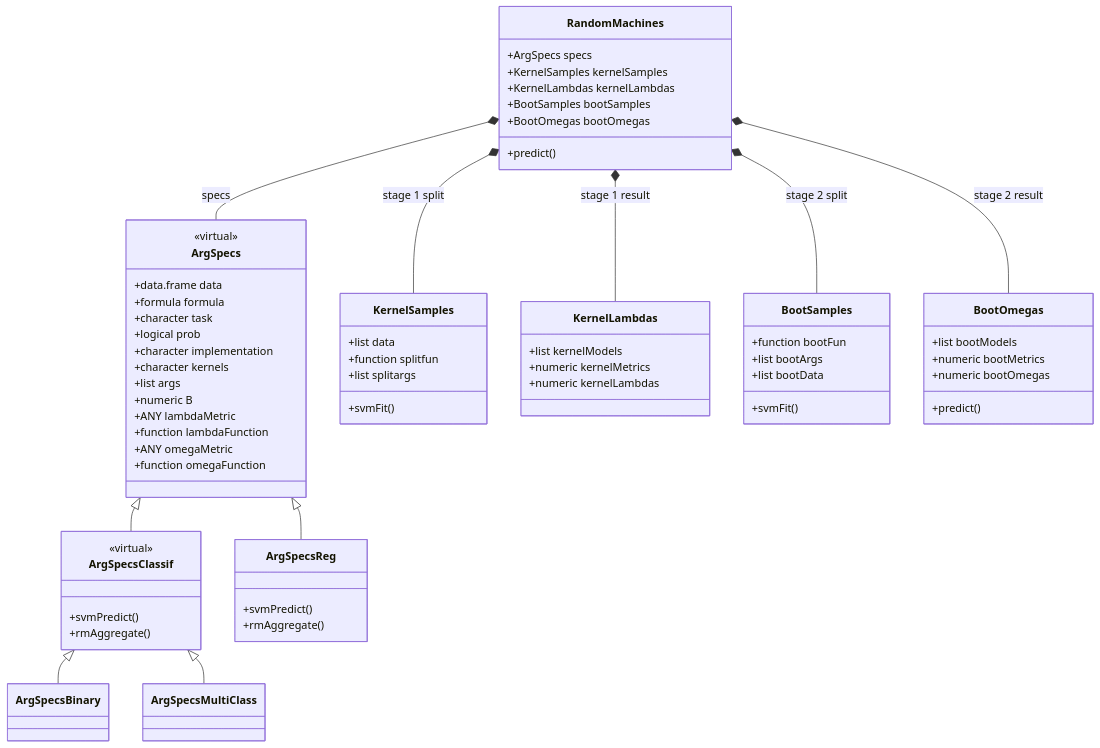
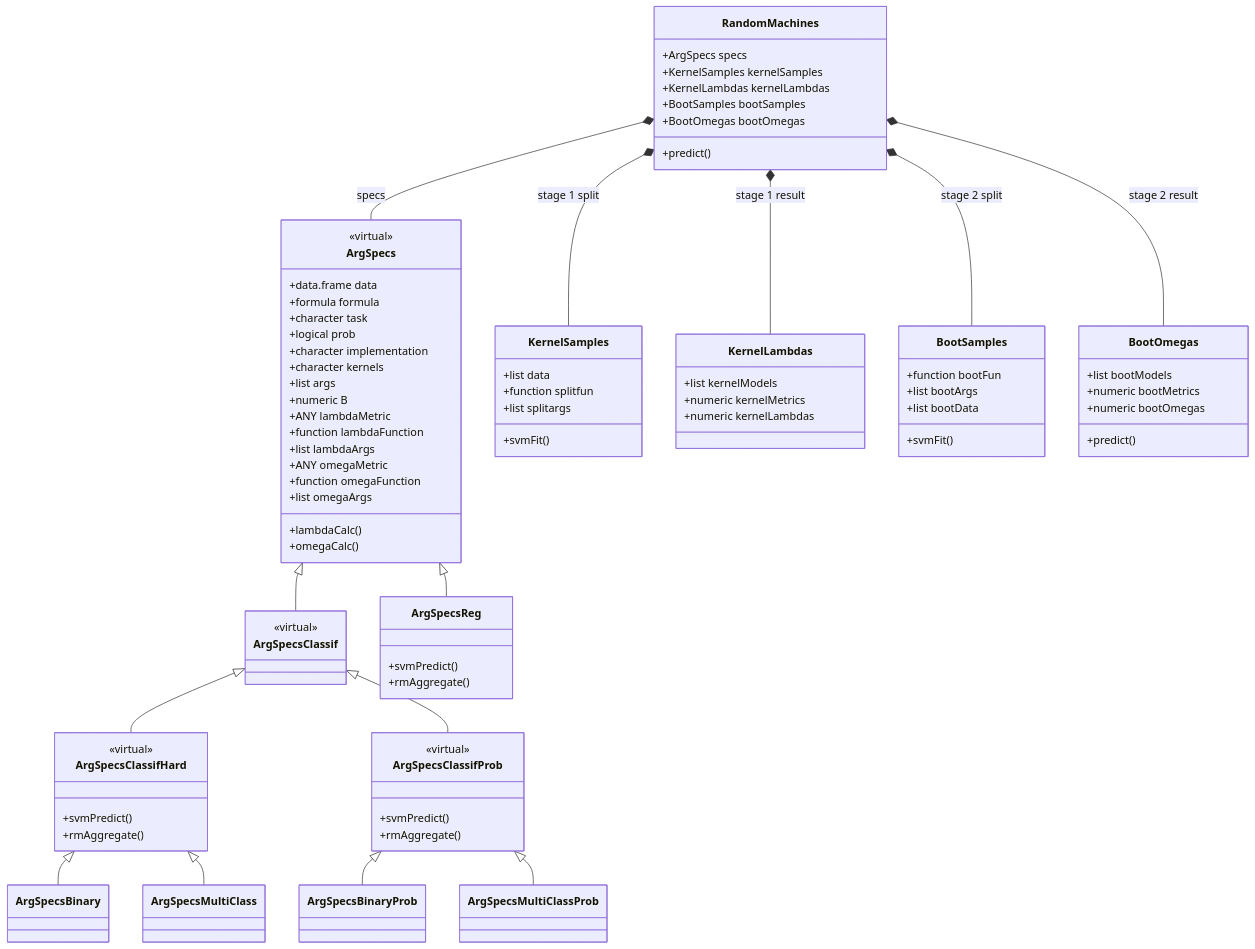
The first of 3 diagrams in ARCHITECTURE.md (Vitor-Pignatari/Random-Machines), drawn with Mermaid before and after one commit. The commit also changed other lines of this file and 69 other files, not shown here.

```diff
--- a/ARCHITECTURE.md
+++ b/ARCHITECTURE.md
@@ -36,16 +37,30 @@
     +numeric B
     +ANY lambdaMetric
     +function lambdaFunction
+    +list lambdaArgs
     +ANY omegaMetric
     +function omegaFunction
+    +list omegaArgs
+    +lambdaCalc()
+    +omegaCalc()
   }
   class ArgSpecsClassif {
+    <<virtual>>
+  }
+  class ArgSpecsClassifHard {
+    <<virtual>>
+    +svmPredict()
+    +rmAggregate()
+  }
+  class ArgSpecsClassifProb {
     <<virtual>>
     +svmPredict()
     +rmAggregate()
   }
   class ArgSpecsBinary
   class ArgSpecsMultiClass
+  class ArgSpecsBinaryProb
+  class ArgSpecsMultiClassProb
   class ArgSpecsReg {
     +svmPredict()
     +rmAggregate()
@@ -53,8 +68,12 @@
 
   ArgSpecs <|-- ArgSpecsClassif
   ArgSpecs <|-- ArgSpecsReg
-  ArgSpecsClassif <|-- ArgSpecsBinary
-  ArgSpecsClassif <|-- ArgSpecsMultiClass
+  ArgSpecsClassif <|-- ArgSpecsClassifHard
+  ArgSpecsClassif <|-- ArgSpecsClassifProb
+  ArgSpecsClassifHard <|-- ArgSpecsBinary
+  ArgSpecsClassifHard <|-- ArgSpecsMultiClass
+  ArgSpecsClassifProb <|-- ArgSpecsBinaryProb
+  ArgSpecsClassifProb <|-- ArgSpecsMultiClassProb
 
   %% ---- Pipeline stage classes ----
   class KernelSamples {
```
